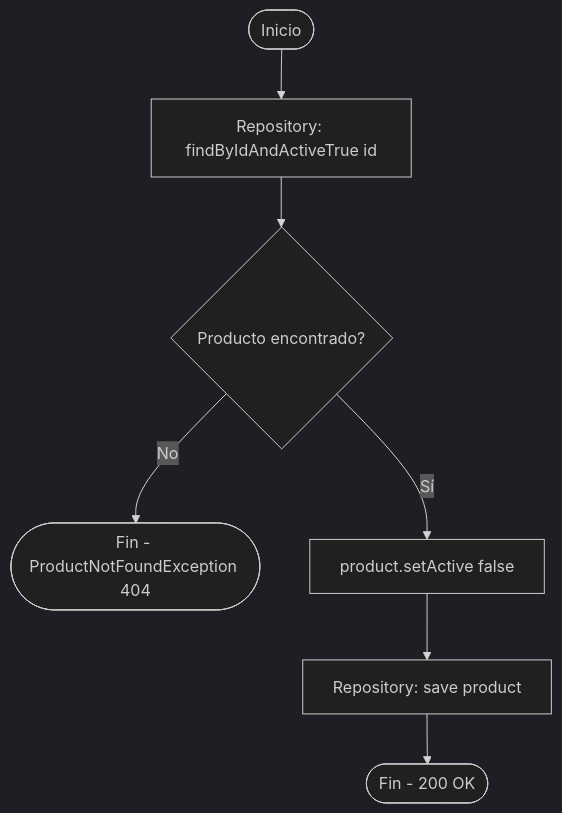
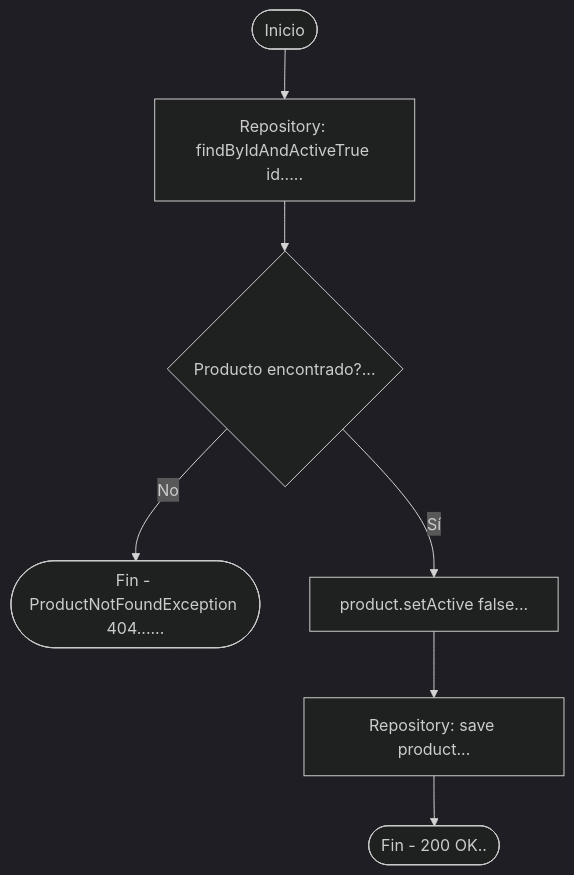
The diagram in docs/system-flows/products/flow-delete-product.md (dazayamil/Sales-Management-API), drawn with Mermaid (dark theme) before and after one commit. The commit also changed 5 other files, not shown here.

````diff
--- a/docs/system-flows/products/flow-delete-product.md
+++ b/docs/system-flows/products/flow-delete-product.md
@@ -3,9 +3,9 @@
 ```mermaid
 flowchart TD
-    A([Inicio]) --> B[Repository: findByIdAndActiveTrue id]
-    B --> C{Producto encontrado?}
-    C -->|No| D([Fin - ProductNotFoundException 404])
-    C -->|Sí| E[product.setActive false]
-    E --> F[Repository: save product]
-    F --> G([Fin - 200 OK])
+    A([Inicio]) --> B[Repository: findByIdAndActiveTrue id.....]
+    B --> C{Producto encontrado?...}
+    C -->|No| D([Fin - ProductNotFoundException 404......])
+    C -->|Sí| E[product.setActive false...]
+    E --> F[Repository: save product...]
+    F --> G([Fin - 200 OK..])
 ```
````
